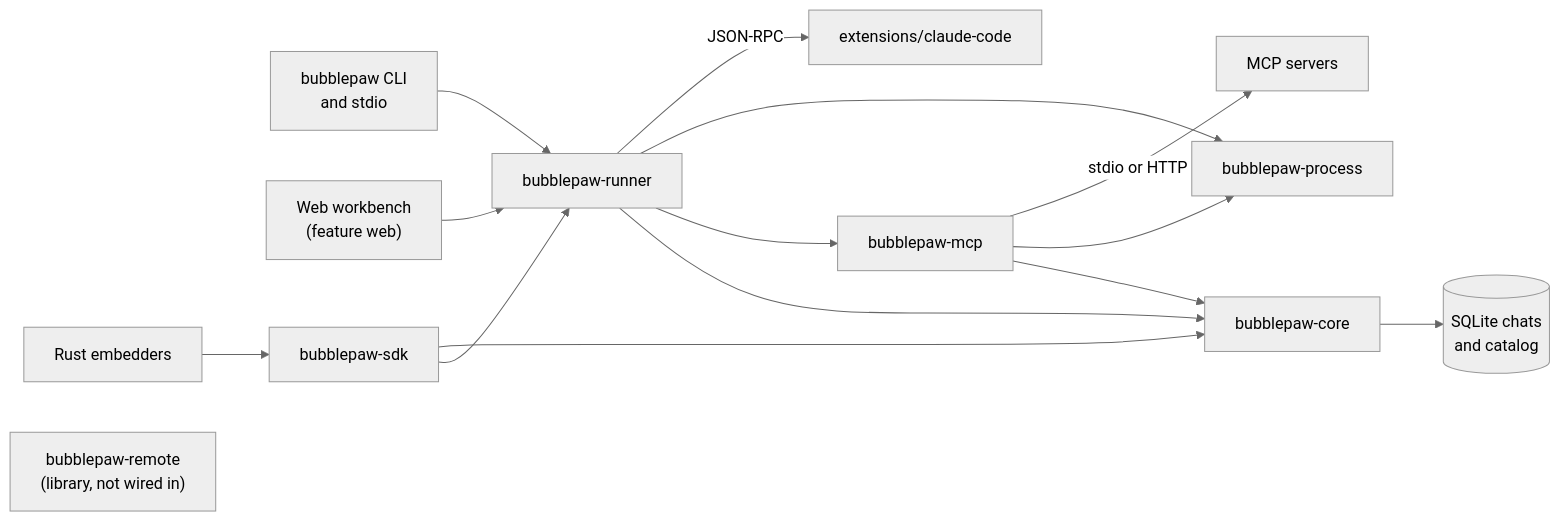
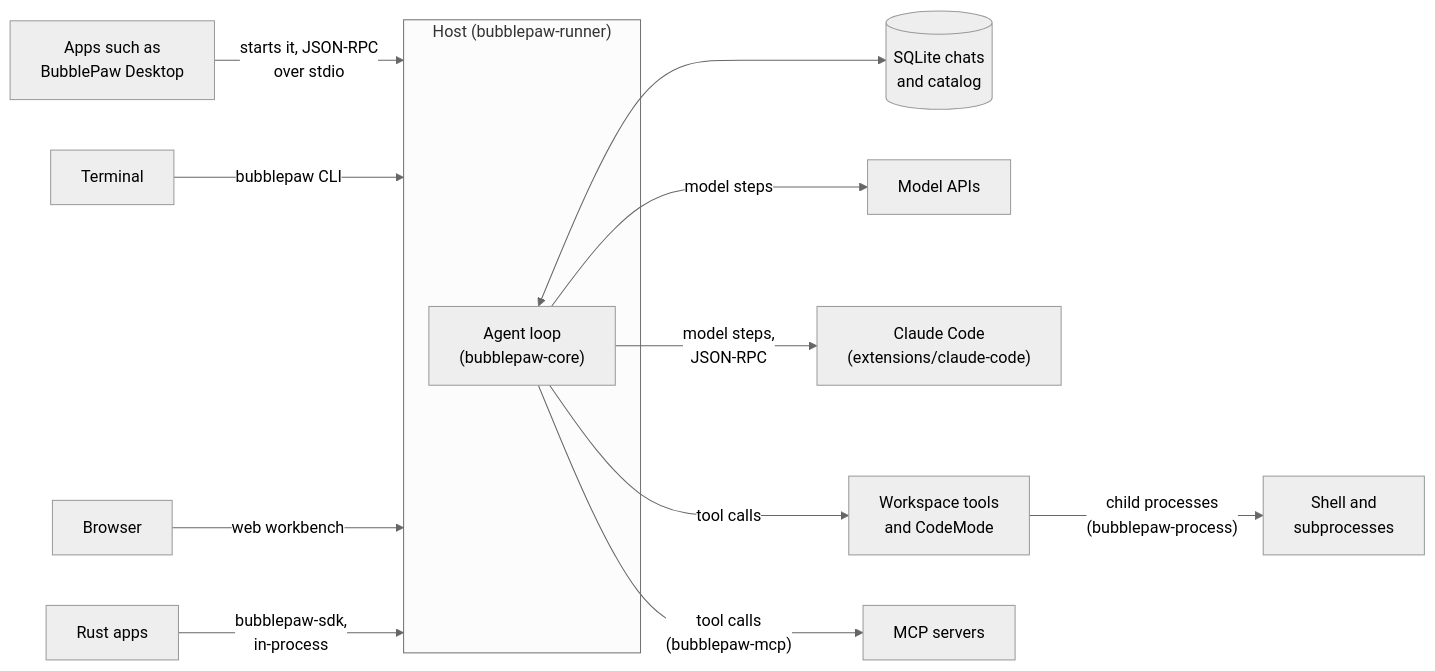
The diagram in README.md (BubbleBuffer/BubblePaw-Core), drawn with Mermaid (neutral theme) before and after one commit. The commit also changed other lines of this file, not shown here.

Commit message:
README: show how requests flow through the host

````diff
--- a/README.md
+++ b/README.md
@@ -27,17 +27,18 @@
 ```mermaid
 flowchart LR
-  cli["bubblepaw CLI<br/>and stdio"] --> runner[bubblepaw-runner]
-  web["Web workbench<br/>(feature web)"] --> runner
-  embed["Rust embedders"] --> sdk[bubblepaw-sdk]
-  sdk --> runner
-  sdk --> core[bubblepaw-core]
-  runner --> core
-  runner --> mcp[bubblepaw-mcp]
-  runner --> process[bubblepaw-process]
-  mcp --> core
-  mcp --> process
-  core --> store[("SQLite chats<br/>and catalog")]
-  mcp -- "stdio or HTTP" --> servers["MCP servers"]
-  runner -- "JSON-RPC" --> ext["extensions/claude-code"]
-  remote["bubblepaw-remote<br/>(library, not wired in)"]
+  desktop["Apps such as<br/>BubblePaw Desktop"] -- "starts it, JSON-RPC<br/>over stdio" --> host
+  term["Terminal"] -- "bubblepaw CLI" --> host
+  browser["Browser"] -- "web workbench" --> host
+  rust["Rust apps"] -- "bubblepaw-sdk,<br/>in-process" --> host
+
+  subgraph host["Host (bubblepaw-runner)"]
+    loop["Agent loop<br/>(bubblepaw-core)"]
+  end
+
+  loop <--> store[("SQLite chats<br/>and catalog")]
+  loop -- "model steps" --> models["Model APIs"]
+  loop -- "model steps,<br/>JSON-RPC" --> cc["Claude Code<br/>(extensions/claude-code)"]
+  loop -- "tool calls" --> tools["Workspace tools<br/>and CodeMode"]
+  loop -- "tool calls<br/>(bubblepaw-mcp)" --> mcp["MCP servers"]
+  tools -- "child processes<br/>(bubblepaw-process)" --> procs["Shell and<br/>subprocesses"]
 ```
````
